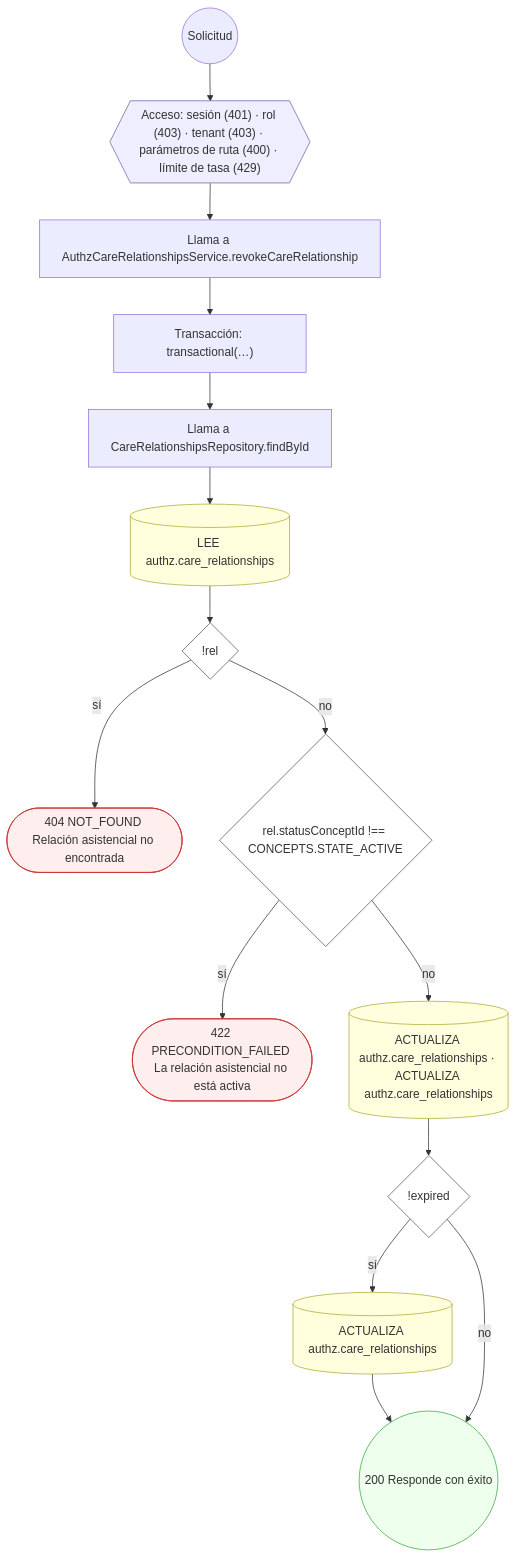
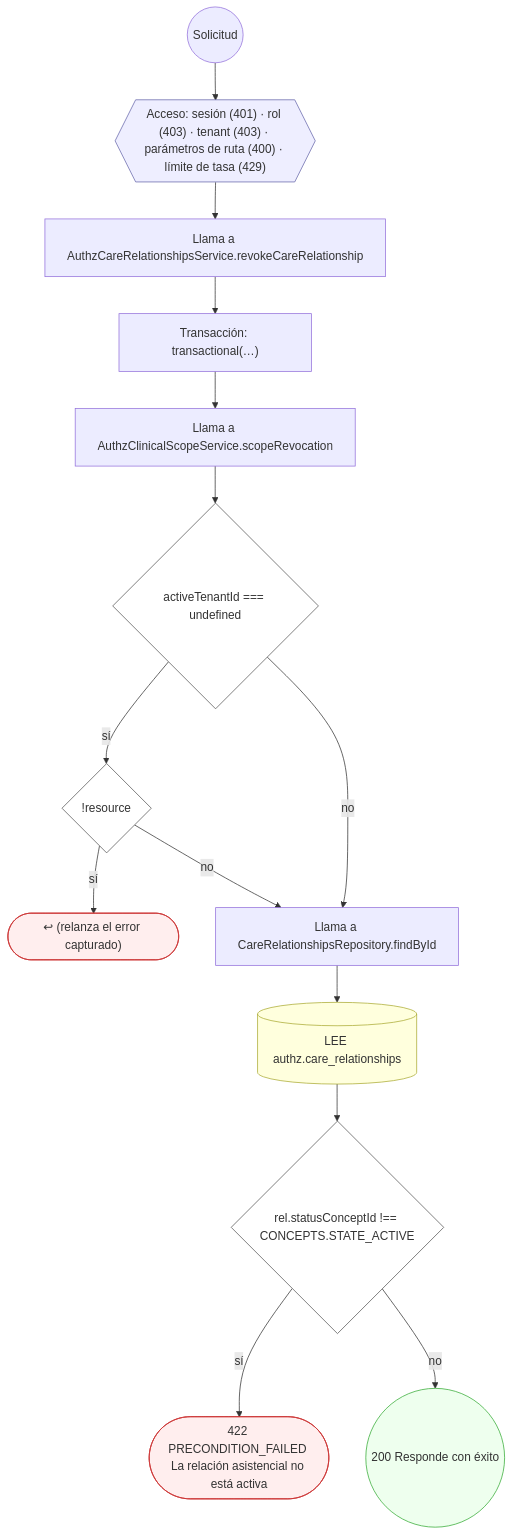
Before and after one commit to mdavila-2001/mantra-core-health-api: the sixth of 30 diagrams in docs/inventario/flujos/authz.md, drawn with Mermaid. The commit also changed other lines of this file and 438 other files, not shown here.

````diff
--- a/docs/inventario/flujos/authz.md
+++ b/docs/inventario/flujos/authz.md
@@ -566,37 +639,35 @@
 ```mermaid
 flowchart TD
   n1(("Solicitud")):::inicio
   n2{{"Acceso: sesión (401) · rol (403) · tenant (403) · parámetros de ruta (400) · límite de tasa (429)"}}:::acceso
   n1 --> n2
   n3["Llama a AuthzCareRelationshipsService.revokeCareRelationship"]:::llamada
   n2 --> n3
   n4["Transacción: transactional(…)"]:::transaccion
   n3 --> n4
-  n5["Llama a CareRelationshipsRepository.findById"]:::llamada
+  n5["Llama a AuthzClinicalScopeService.scopeRevocation"]:::llamada
   n4 --> n5
-  n6[("LEE authz.care_relationships")]:::efecto
+  n6{"activeTenantId === undefined"}:::decision
   n5 --> n6
-  n7{"!rel"}:::decision
-  n6 --> n7
-  n8(["404 NOT_FOUND Relación asistencial no encontrada"]):::error
+  n7{"!resource"}:::decision
+  n6 -->|"sí"| n7
+  n8(["↩ (relanza el error capturado)"]):::error
   n7 -->|"sí"| n8
-  n9{"rel.statusConceptId !== CONCEPTS.STATE_ACTIVE"}:::decision
+  n9["Llama a CareRelationshipsRepository.findById"]:::llamada
   n7 -->|"no"| n9
-  n10(["422 PRECONDITION_FAILED La relación asistencial no está activa"]):::error
-  n9 -->|"sí"| n10
-  n11[("ACTUALIZA authz.care_relationships · ACTUALIZA authz.care_relationships")]:::efecto
-  n9 -->|"no"| n11
-  n12{"!expired"}:::decision
-  n11 --> n12
-  n13[("ACTUALIZA authz.care_relationships")]:::efecto
-  n12 -->|"sí"| n13
-  n14(("200 Responde con éxito")):::ok
-  n13 --> n14
-  n12 -->|"no"| n14
+  n6 -->|"no"| n9
+  n10[("LEE authz.care_relationships")]:::efecto
+  n9 --> n10
+  n11{"rel.statusConceptId !== CONCEPTS.STATE_ACTIVE"}:::decision
+  n10 --> n11
+  n12(["422 PRECONDITION_FAILED La relación asistencial no está activa"]):::error
+  n11 -->|"sí"| n12
+  n13(("200 Responde con éxito")):::ok
+  n11 -->|"no"| n13
   classDef acceso fill:#eef,stroke:#66a
   classDef error fill:#fee,stroke:#c33
   classDef ok fill:#efe,stroke:#3a3
   classDef efecto fill:#ffd,stroke:#aa3
   classDef decision fill:#fff,stroke:#555
   classDef corte fill:#eee,stroke:#999,stroke-dasharray: 4
 ```
````
